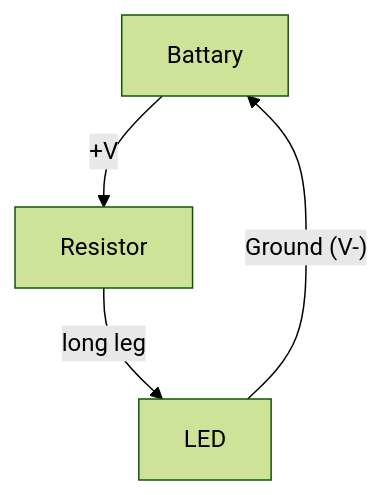
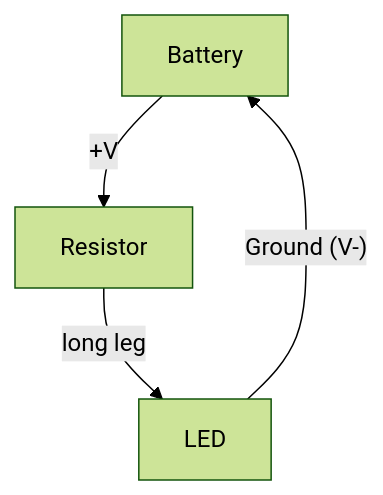
Before and after one commit to NIACCInnovWork/WorkspaceDocumentation: the diagram in electronics/soldering/button-led.md, drawn with Mermaid (forest theme).

Commit message:
Fixing typo in diagram

````diff
--- a/electronics/soldering/button-led.md
+++ b/electronics/soldering/button-led.md
@@ -3,6 +3,6 @@
 ```mermaid
 graph TD
-    Battary-- +V-->Resistor
+    Battery-- +V-->Resistor
     Resistor-- long leg-->LED
-    LED--Ground (V-)-->Battary
+    LED--Ground (V-)-->Battery
 ```
````
